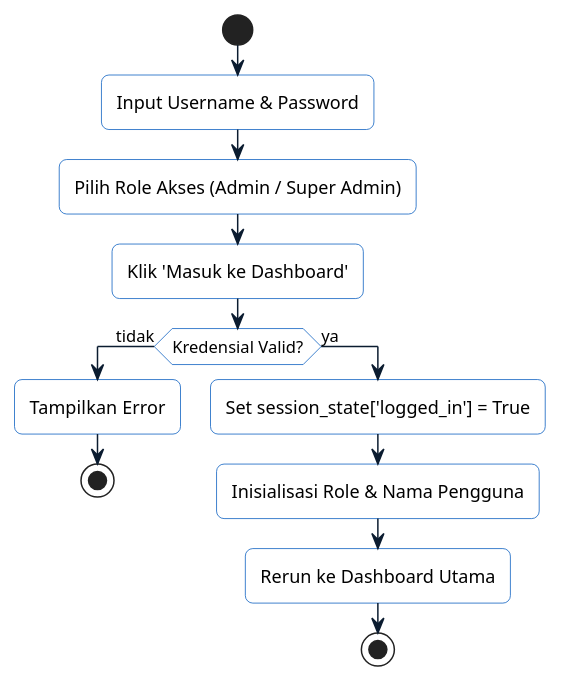
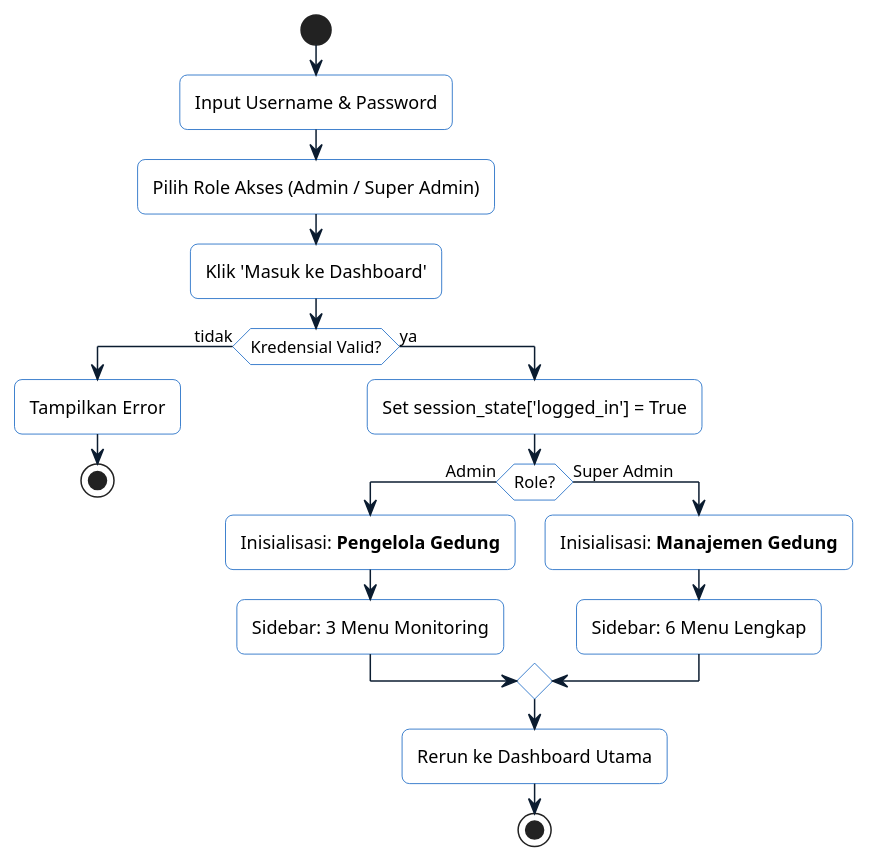
One commit to Amandaa0208/EMS changed diagram 11 of 15 in userflow.md. Above: the diagram before and after it, drawn with PlantUML. The commit also changed other lines of this file and 1 other file, not shown here.

Commit message:
docs: update user flow documentation to include role-based access control details for Super Admin and Admin.

````diff
--- a/userflow.md
+++ b/userflow.md
@@ -222,22 +348,28 @@
 ```plantuml
 @startuml
 skinparam roundcorner 10
 skinparam ActivityBackgroundColor White
 skinparam ActivityBorderColor #0058be
 skinparam ArrowColor #0b1c30
 
 start
 :Input Username & Password;
 :Pilih Role Akses (Admin / Super Admin);
 :Klik 'Masuk ke Dashboard';
 if (Kredensial Valid?) then (tidak)
   :Tampilkan Error;
   stop
 else (ya)
   :Set session_state['logged_in'] = True;
-  :Inisialisasi Role & Nama Pengguna;
+  if (Role?) then (Admin)
+    :Inisialisasi: **Pengelola Gedung**;
+    :Sidebar: 3 Menu Monitoring;
+  else (Super Admin)
+    :Inisialisasi: **Manajemen Gedung**;
+    :Sidebar: 6 Menu Lengkap;
+  endif
   :Rerun ke Dashboard Utama;
   stop
 endif
 @enduml
 ```
````
